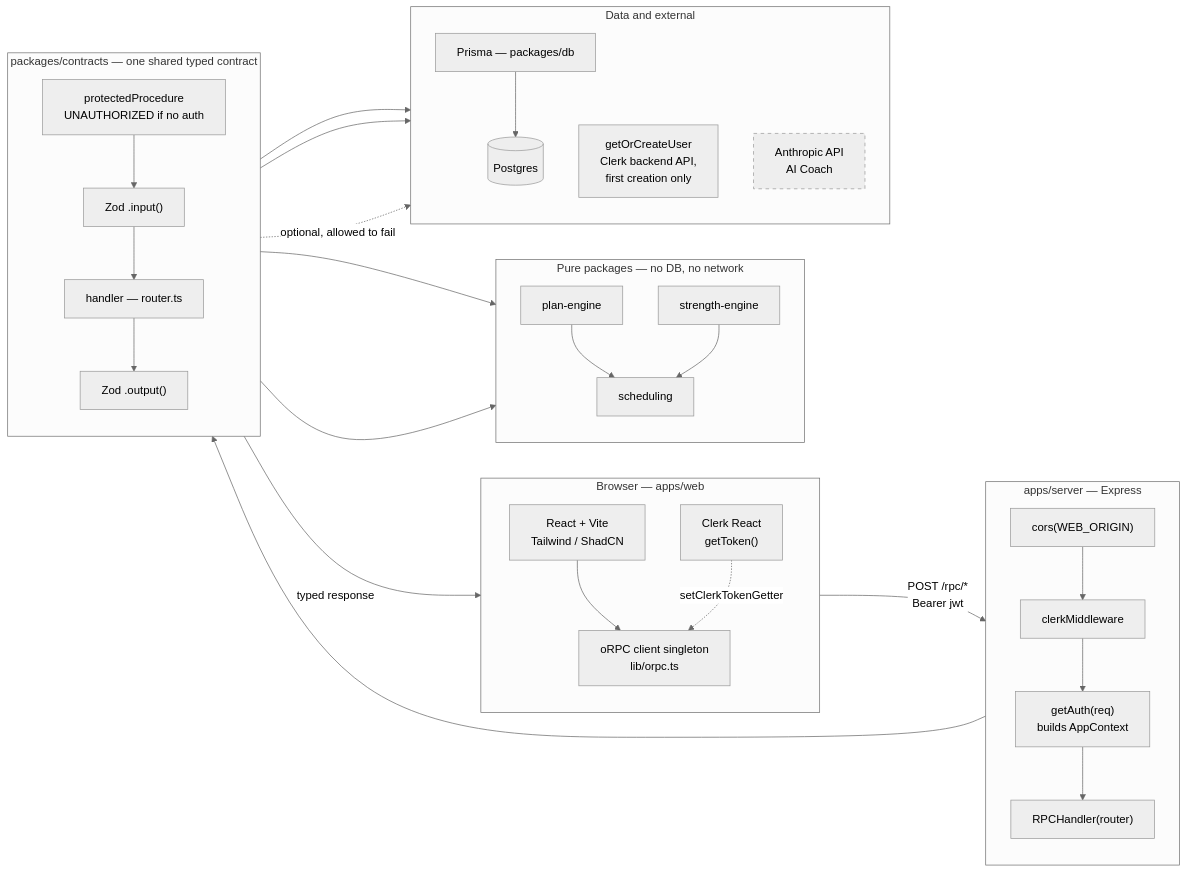
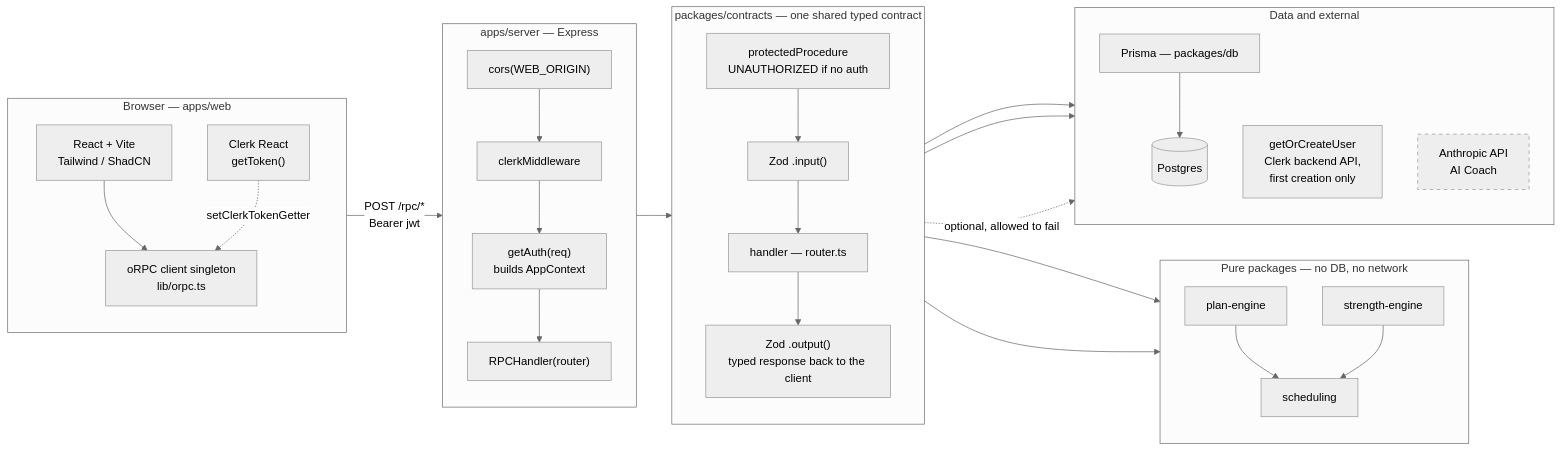
Before and after one commit to lizorsini54/firstloop-marathon-app: the first of 2 diagrams in README.md, drawn with Mermaid (neutral theme).

Commit message:
docs: make the request-flow diagram acyclic so it lays out left-to-right
The typed-response edge back to the client made the graph cyclic, and dagre
resolved that by scattering the subgraphs — the browser ended up in the middle
with the server to its right. The response is now stated on the Zod .output()
node instead, so the flow reads browser to server to contracts to data.

````diff
--- a/README.md
+++ b/README.md
@@ -17,59 +17,58 @@
 ```mermaid
 flowchart LR
     subgraph browser["Browser — apps/web"]
         direction TB
         UI["React + Vite<br/>Tailwind / ShadCN"]
         CLERKJS["Clerk React<br/>getToken()"]
         CLIENT["oRPC client singleton<br/>lib/orpc.ts"]
         UI --> CLIENT
         CLERKJS -.->|"setClerkTokenGetter"| CLIENT
     end
 
     subgraph server["apps/server — Express"]
         direction TB
         CORS["cors(WEB_ORIGIN)"]
         CLERKMW["clerkMiddleware"]
         CTX["getAuth(req)<br/>builds AppContext"]
         HANDLER["RPCHandler(router)"]
         CORS --> CLERKMW --> CTX --> HANDLER
     end
 
     subgraph contracts["packages/contracts — one shared typed contract"]
         direction TB
         GUARD["protectedProcedure<br/>UNAUTHORIZED if no auth"]
         ZIN["Zod .input()"]
         PROC["handler — router.ts"]
-        ZOUT["Zod .output()"]
+        ZOUT["Zod .output()<br/>typed response back to the client"]
         GUARD --> ZIN --> PROC --> ZOUT
     end
 
     subgraph pure["Pure packages — no DB, no network"]
         direction TB
         PLAN["plan-engine"]
         STR["strength-engine"]
         SCHED["scheduling"]
         PLAN --> SCHED
         STR --> SCHED
     end
 
     subgraph data["Data and external"]
         direction TB
         PRISMA["Prisma — packages/db"]
         PG[("Postgres")]
         USERSYNC["getOrCreateUser<br/>Clerk backend API,<br/>first creation only"]
         CLAUDE["Anthropic API<br/>AI Coach"]
         PRISMA --> PG
     end
 
     CLIENT -->|"POST /rpc/*<br/>Bearer jwt"| CORS
     HANDLER --> GUARD
     PROC --> PLAN
     PROC --> STR
     PROC --> PRISMA
     PROC --> USERSYNC
     PROC -.->|"optional, allowed to fail"| CLAUDE
-    ZOUT -->|"typed response"| CLIENT
 
     classDef optional stroke-dasharray: 5 5
     class CLAUDE optional
 ```
````
